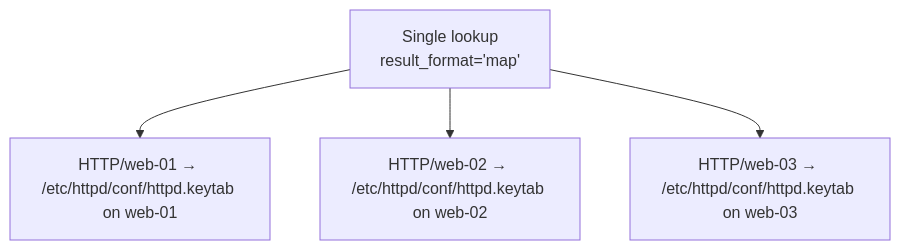
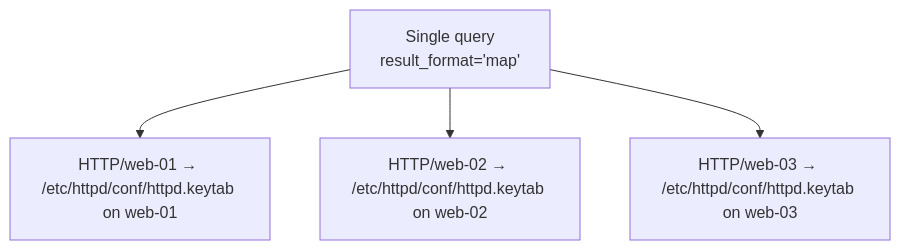
Before and after one commit to gprocunier/eigenstate-ipa: the fourth of 7 diagrams in docs/keytab-use-cases.md, drawn with Mermaid. The commit also changed other lines of this file and 3 other files, not shown here.

````diff
--- a/docs/keytab-use-cases.md
+++ b/docs/keytab-use-cases.md
@@ -126,11 +126,11 @@
 ```mermaid
 flowchart TD
-    lookup["Single lookup\nresult_format='map'"]
+    lookup["Single query\nresult_format='map'"]
     web01["HTTP/web-01 → /etc/httpd/conf/httpd.keytab on web-01"]
     web02["HTTP/web-02 → /etc/httpd/conf/httpd.keytab on web-02"]
     web03["HTTP/web-03 → /etc/httpd/conf/httpd.keytab on web-03"]
 
     lookup --> web01
     lookup --> web02
     lookup --> web03
 ```
````
